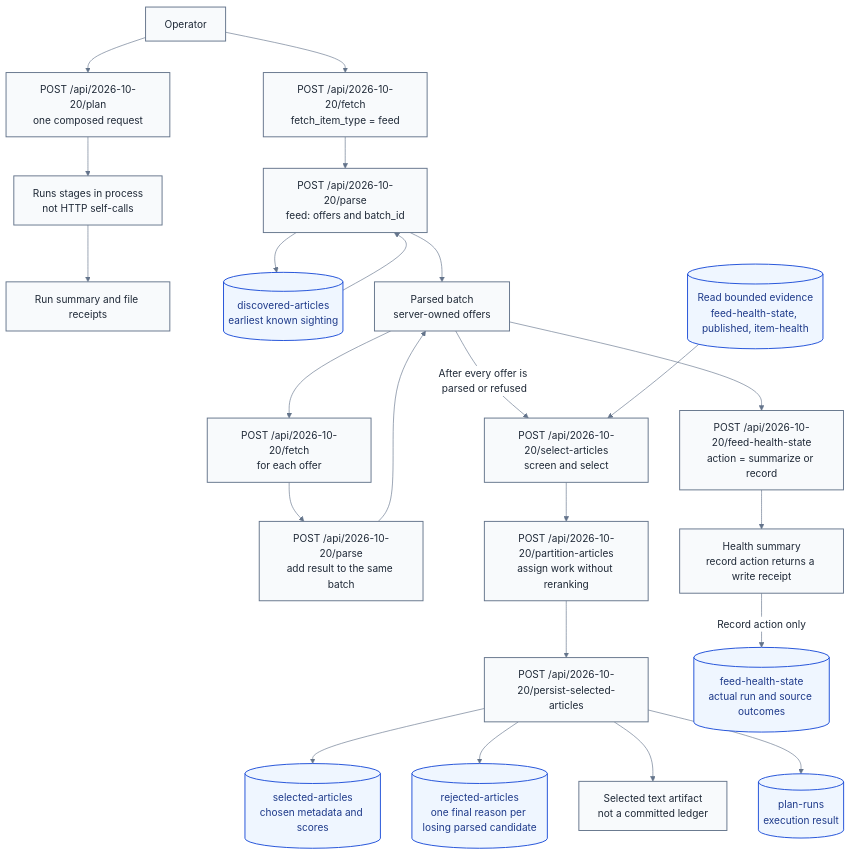
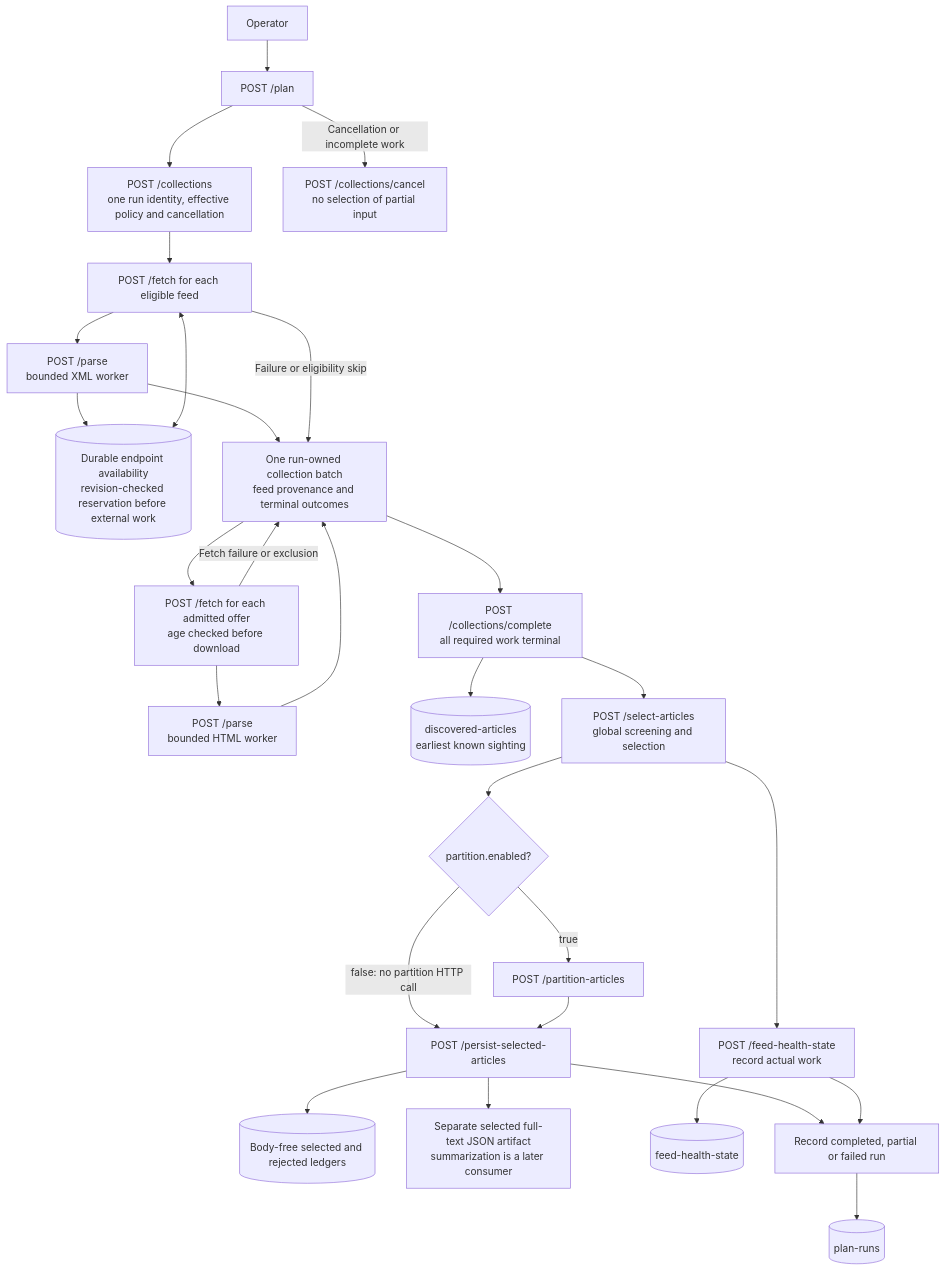
Before and after one commit to miztiik/yen-idhazh: the diagram in docs/architecture/sources/feed-operator-api.md, drawn with Mermaid. The commit also changed other lines of this file and 76 other files, not shown here.

Commit message:
Build timed feed availability and HTTP planner stages

````diff
--- a/docs/architecture/sources/feed-operator-api.md
+++ b/docs/architecture/sources/feed-operator-api.md
@@ -154,32 +164,30 @@
 ```mermaid
-%%{init: {"theme": "base", "themeVariables": {"fontFamily": "sans-serif", "primaryColor": "#f8fafc", "primaryTextColor": "#1f2937", "primaryBorderColor": "#64748b", "lineColor": "#64748b", "textColor": "#1f2937", "clusterBkg": "#f8fafc", "clusterBorder": "#94a3b8", "edgeLabelBackground": "#ffffff"}}}%%
 flowchart TD
-  OP["Operator"] --> PLAN["POST /api/2026-10-20/plan<br/>one composed request"]
-  PLAN --> COMPOSED["Runs stages in process<br/>not HTTP self-calls"]
-  COMPOSED --> PLAN_RESULT["Run summary and file receipts"]
-
-  OP --> FETCH_FEED["POST /api/2026-10-20/fetch<br/>fetch_item_type = feed"]
-  FETCH_FEED --> PARSE_FEED["POST /api/2026-10-20/parse<br/>feed: offers and batch_id"]
-  DISCOVERY[("discovered-articles<br/>earliest known sighting")] --> PARSE_FEED
-  PARSE_FEED --> DISCOVERY
-  PARSE_FEED --> BATCH["Parsed batch<br/>server-owned offers"]
-  BATCH --> FETCH_ARTICLE["POST /api/2026-10-20/fetch<br/>for each offer"]
-  FETCH_ARTICLE --> PARSE_ARTICLE["POST /api/2026-10-20/parse<br/>add result to the same batch"]
+  OP["Operator"] --> PLAN["POST /plan"]
+  PLAN --> BEGIN["POST /collections<br/>one run identity, effective policy and cancellation"]
+  BEGIN --> FETCH_FEED["POST /fetch for each eligible feed"]
+  CURRENT[("Durable endpoint availability<br/>revision-checked reservation before external work")] <--> FETCH_FEED
+  FETCH_FEED --> PARSE_FEED["POST /parse<br/>bounded XML worker"]
+  PARSE_FEED --> CURRENT
+  PARSE_FEED --> BATCH["One run-owned collection batch<br/>feed provenance and terminal outcomes"]
+  BATCH --> FETCH_ARTICLE["POST /fetch for each admitted offer<br/>age checked before download"]
+  FETCH_ARTICLE --> PARSE_ARTICLE["POST /parse<br/>bounded HTML worker"]
   PARSE_ARTICLE --> BATCH
-  BATCH -->|"After every offer is parsed or refused"| SELECT["POST /api/2026-10-20/select-articles<br/>screen and select"]
-  READ_HISTORY[("Read bounded evidence<br/>feed-health-state, published, item-health")] --> SELECT
-  SELECT --> PARTITION["POST /api/2026-10-20/partition-articles<br/>assign work without reranking"]
-  PARTITION --> PERSIST["POST /api/2026-10-20/persist-selected-articles"]
-  PERSIST --> SELECTED[("selected-articles<br/>chosen metadata and scores")]
-  PERSIST --> REJECTED[("rejected-articles<br/>one final reason per losing parsed candidate")]
-  PERSIST --> TEXT["Selected text artifact<br/>not a committed ledger"]
-  PERSIST --> RUNS[("plan-runs<br/>execution result")]
-  BATCH --> HEALTH_API["POST /api/2026-10-20/feed-health-state<br/>action = summarize or record"]
-  HEALTH_API --> HEALTH_RESULT["Health summary<br/>record action returns a write receipt"]
-  HEALTH_RESULT -->|"Record action only"| HEALTH_LEDGER[("feed-health-state<br/>actual run and source outcomes")]
-
-  classDef stage fill:#f8fafc,stroke:#64748b,stroke-width:1.5px,color:#1f2937;
-  classDef ledger fill:#eff6ff,stroke:#1d4ed8,stroke-width:1.5px,color:#1e3a8a;
-  class OP,PLAN,COMPOSED,PLAN_RESULT,FETCH_FEED,PARSE_FEED,BATCH,FETCH_ARTICLE,PARSE_ARTICLE,SELECT,PARTITION,PERSIST,TEXT,HEALTH_API,HEALTH_RESULT stage;
-  class DISCOVERY,READ_HISTORY,SELECTED,REJECTED,RUNS,HEALTH_LEDGER ledger;
+  FETCH_FEED -->|"Failure or eligibility skip"| BATCH
+  FETCH_ARTICLE -->|"Fetch failure or exclusion"| BATCH
+  BATCH --> COMPLETE["POST /collections/complete<br/>all required work terminal"]
+  COMPLETE --> DISCOVERY[("discovered-articles<br/>earliest known sighting")]
+  COMPLETE --> SELECT["POST /select-articles<br/>global screening and selection"]
+  SELECT --> ENABLED{"partition.enabled?"}
+  ENABLED -->|"true"| PARTITION["POST /partition-articles"]
+  ENABLED -->|"false: no partition HTTP call"| PERSIST["POST /persist-selected-articles"]
+  PARTITION --> PERSIST
+  PERSIST --> METADATA[("Body-free selected and rejected ledgers")]
+  PERSIST --> TEXT["Separate selected full-text JSON artifact<br/>summarization is a later consumer"]
+  SELECT --> HEALTH["POST /feed-health-state<br/>record actual work"]
+  HEALTH --> HEALTH_LEDGER[("feed-health-state")]
+  PERSIST --> FINAL["Record completed, partial or failed run"]
+  HEALTH --> FINAL
+  FINAL --> RUNS[("plan-runs")]
+  PLAN -->|"Cancellation or incomplete work"| CANCEL["POST /collections/cancel<br/>no selection of partial input"]
 ```
````
